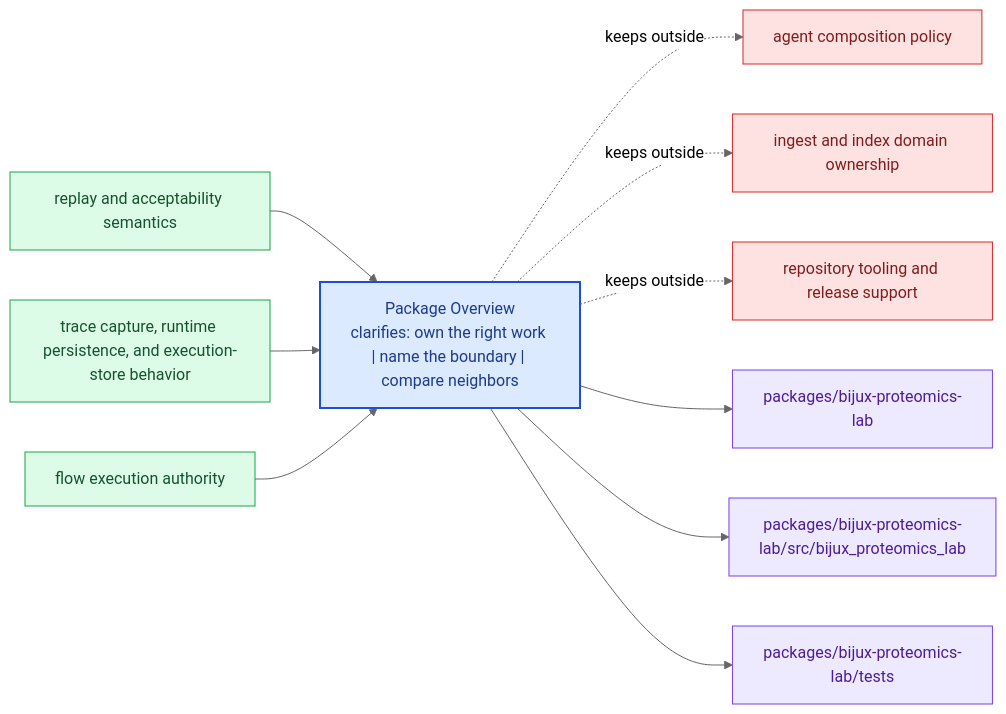
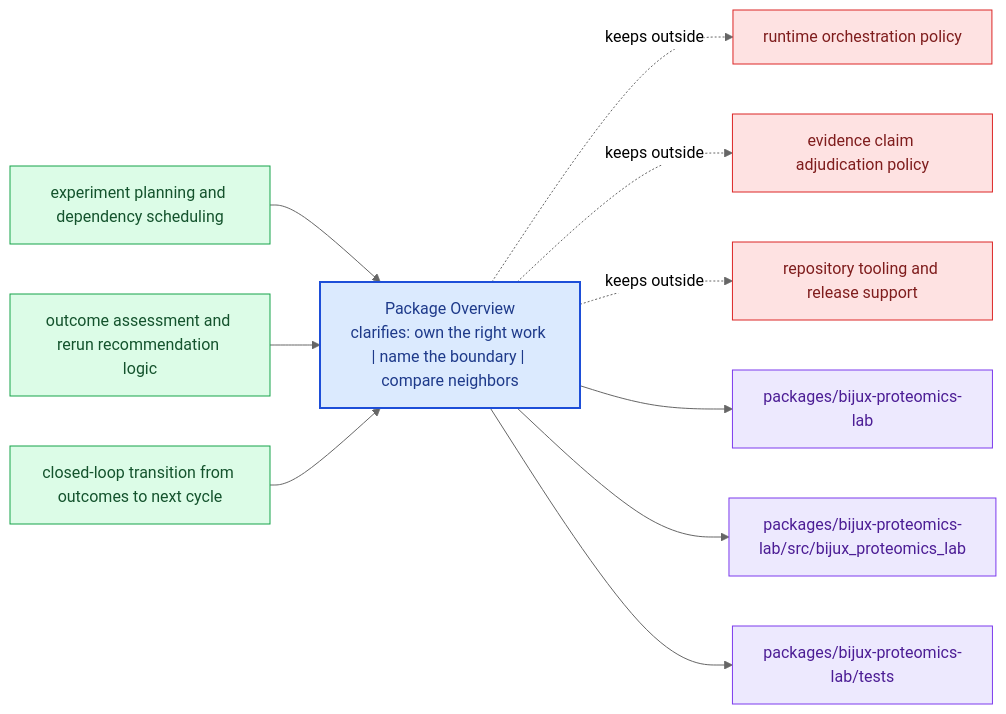
One commit to bijux/bijux-proteomics changed the diagram in docs/bijux-proteomics-lab/foundation/package-overview.md. Above: the diagram before and after it, drawn with Mermaid (neutral theme). The commit also changed other lines of this file and 24 other files, not shown here.

Commit message:
docs(bijux-proteomics-lab): align handbook with assay planning and outcome loops

````diff
--- a/docs/bijux-proteomics-lab/foundation/package-overview.md
+++ b/docs/bijux-proteomics-lab/foundation/package-overview.md
@@ -23,31 +25,31 @@
 ```mermaid
 flowchart LR
     page["Package Overview<br/>clarifies: own the right work | name the boundary | compare neighbors"]
     classDef page fill:#dbeafe,stroke:#1d4ed8,color:#1e3a8a,stroke-width:2px;
     classDef positive fill:#dcfce7,stroke:#16a34a,color:#14532d;
     classDef caution fill:#fee2e2,stroke:#dc2626,color:#7f1d1d;
     classDef anchor fill:#ede9fe,stroke:#7c3aed,color:#4c1d95;
     classDef action fill:#fef3c7,stroke:#d97706,color:#7c2d12;
-    own1["replay and acceptability semantics"]
+    own1["experiment planning and dependency scheduling"]
     own1 --> page
-    own2["trace capture, runtime persistence, and execution-store behavior"]
+    own2["outcome assessment and rerun recommendation logic"]
     own2 --> page
-    own3["flow execution authority"]
+    own3["closed-loop transition from outcomes to next cycle"]
     own3 --> page
-    limit1["agent composition policy"]
+    limit1["runtime orchestration policy"]
     page -.keeps outside.-> limit1
-    limit2["ingest and index domain ownership"]
+    limit2["evidence claim adjudication policy"]
     page -.keeps outside.-> limit2
     limit3["repository tooling and release support"]
     page -.keeps outside.-> limit3
     anchor1["packages/bijux-proteomics-lab"]
     page --> anchor1
     anchor2["packages/bijux-proteomics-lab/src/bijux_proteomics_lab"]
     page --> anchor2
     anchor3["packages/bijux-proteomics-lab/tests"]
     page --> anchor3
     class page page;
     class own1,own2,own3 positive;
     class limit1,limit2,limit3 caution;
     class anchor1,anchor2,anchor3 anchor;
 ```
````
